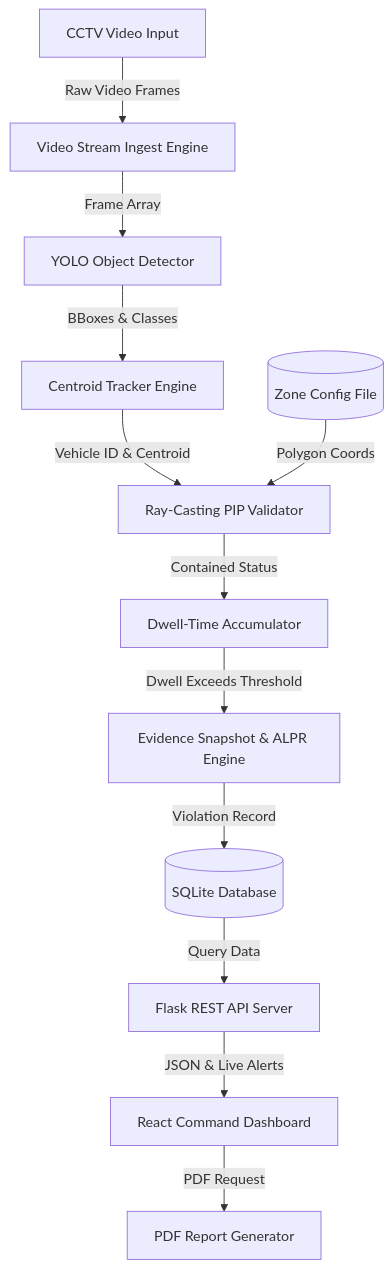
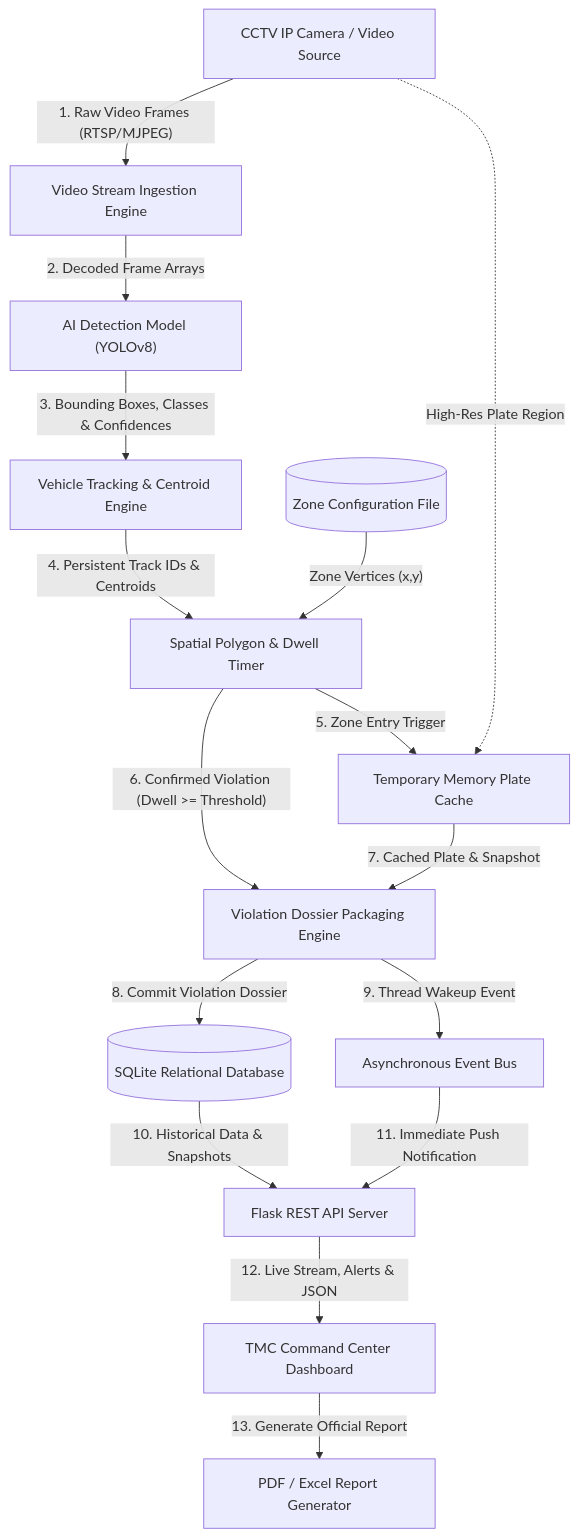
Before and after one commit to Chun-taro/AI-Powered-Yellow-Box-Zone-Violation-Monitoring-System: the fourth of 6 diagrams in docs/Revised_Research_Paper.md, drawn with Mermaid. The commit also changed other lines of this file and 14 other files, not shown here.

````diff
--- a/docs/Revised_Research_Paper.md
+++ b/docs/Revised_Research_Paper.md
@@ -506,14 +521,23 @@
 ```mermaid
 flowchart TD
-    Camera["CCTV Video Input"] -->|"Raw Video Frames"| StreamEngine["Video Stream Ingest Engine"]
-    StreamEngine -->|"Frame Array"| AIModule["YOLO Object Detector"]
-    AIModule -->|"BBoxes & Classes"| Tracker["Centroid Tracker Engine"]
-    Tracker -->|"Vehicle ID & Centroid"| SpatialEngine["Ray-Casting PIP Validator"]
-    Config[("Zone Config File")] -->|"Polygon Coords"| SpatialEngine
-    SpatialEngine -->|"Contained Status"| DwellTimer["Dwell-Time Accumulator"]
-    DwellTimer -->|"Dwell Exceeds Threshold"| SnapshotEngine["Evidence Snapshot & ALPR Engine"]
-    SnapshotEngine -->|"Violation Record"| Database[("SQLite Database")]
-    Database -->|"Query Data"| APIBackend["Flask REST API Server"]
-    APIBackend -->|"JSON & Live Alerts"| Dashboard["React Command Dashboard"]
-    Dashboard -->|"PDF Request"| ReportEngine["PDF Report Generator"]
+    Camera["CCTV IP Camera / Video Source"] -->|"1. Raw Video Frames (RTSP/MJPEG)"| StreamEngine["Video Stream Ingestion Engine"]
+    StreamEngine -->|"2. Decoded Frame Arrays"| AIModule["AI Detection Model (YOLOv8)"]
+    AIModule -->|"3. Bounding Boxes, Classes & Confidences"| Tracker["Vehicle Tracking & Centroid Engine"]
+    Tracker -->|"4. Persistent Track IDs & Centroids"| SpatialEngine["Spatial Polygon & Dwell Timer"]
+    Config[("Zone Configuration File")] -->|"Zone Vertices (x,y)"| SpatialEngine
+    
+    SpatialEngine -->|"5. Zone Entry Trigger"| PlateCache["Temporary Memory Plate Cache"]
+    Camera -.->|"High-Res Plate Region"| PlateCache
+    
+    SpatialEngine -->|"6. Confirmed Violation (Dwell >= Threshold)"| ViolationEngine["Violation Dossier Packaging Engine"]
+    PlateCache -->|"7. Cached Plate & Snapshot"| ViolationEngine
+    
+    ViolationEngine -->|"8. Commit Violation Dossier"| Database[("SQLite Relational Database")]
+    ViolationEngine -->|"9. Thread Wakeup Event"| EventBus["Asynchronous Event Bus"]
+    
+    Database -->|"10. Historical Data & Snapshots"| APIBackend["Flask REST API Server"]
+    EventBus -->|"11. Immediate Push Notification"| APIBackend
+    
+    APIBackend -->|"12. Live Stream, Alerts & JSON"| Dashboard["TMC Command Center Dashboard"]
+    Dashboard -->|"13. Generate Official Report"| ReportEngine["PDF / Excel Report Generator"]
 ```
````
